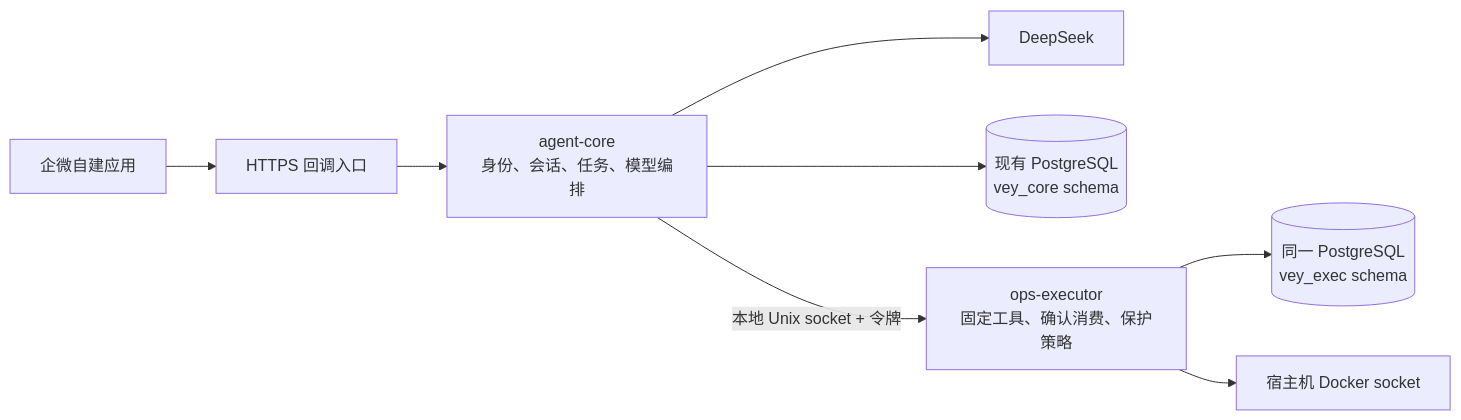
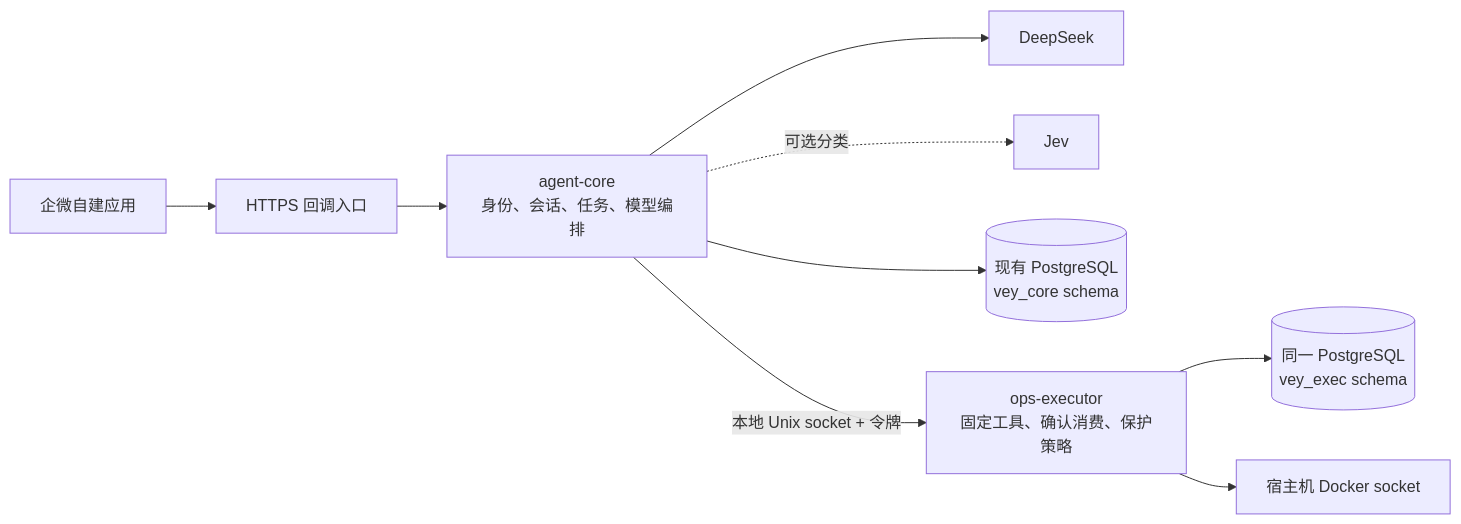
Before and after one commit to xiao-xinm/vey: the diagram in README.md, drawn with Mermaid. The commit also changed other lines of this file and 15 other files, not shown here.

````diff
--- a/README.md
+++ b/README.md
@@ -26,10 +28,11 @@
 ```mermaid
 flowchart LR
   W[企微自建应用] --> H[HTTPS 回调入口]
   H --> C[agent-core\n身份、会话、任务、模型编排]
   C --> M[DeepSeek]
+  C -. 可选分类 .-> J[Jev]
   C --> P[(现有 PostgreSQL\nvey_core schema)]
   C -->|本地 Unix socket + 令牌| E[ops-executor\n固定工具、确认消费、保护策略]
   E --> X[(同一 PostgreSQL\nvey_exec schema)]
   E --> D[宿主机 Docker socket]
 ```
````
